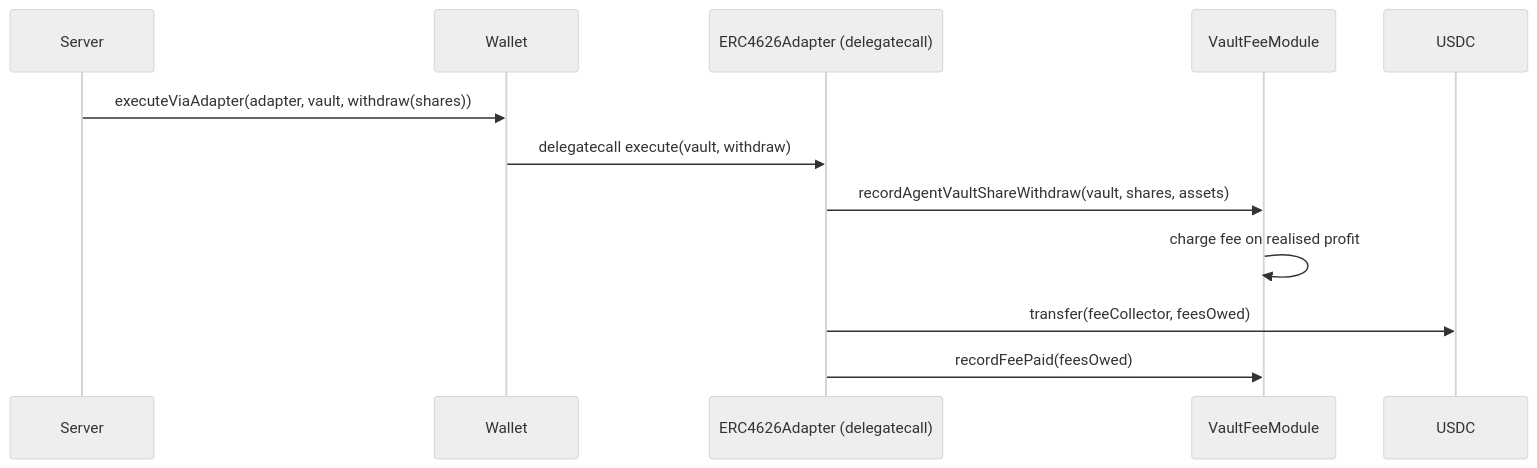
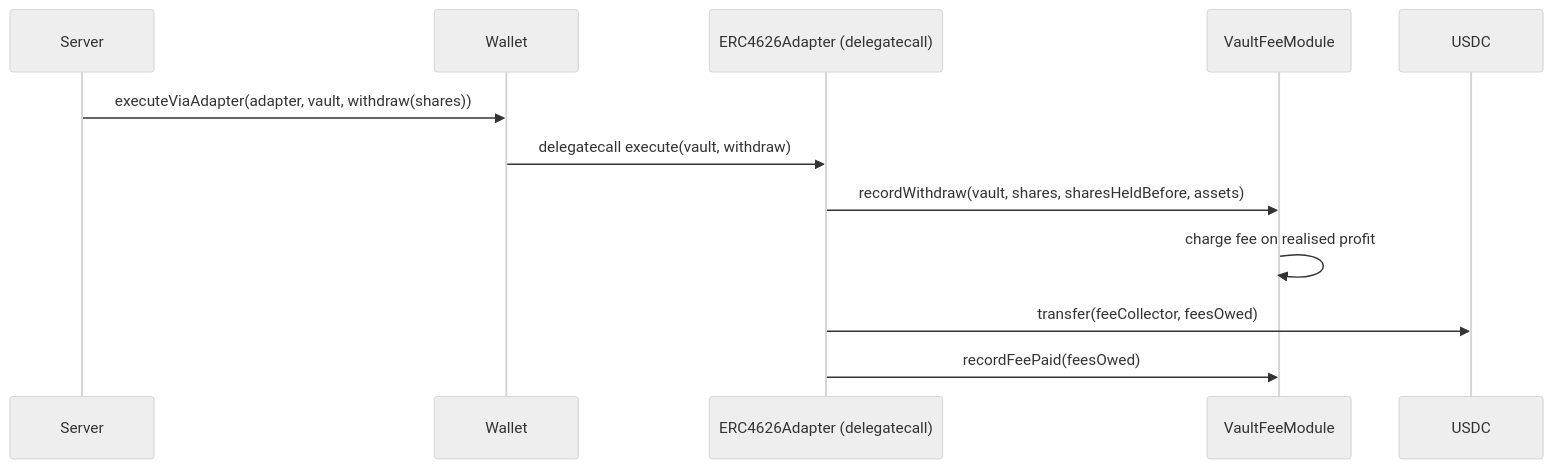
One commit to tokenpage/yieldseeker-contracts changed the fifth of 6 diagrams in README.md. Above: the diagram before and after it, drawn with Mermaid (neutral theme). The commit also changed other lines of this file and 54 other files, not shown here.

Commit message:
Fees: replaceable modules, cost-basis vault fee module, borrow fees paid from collateral

````diff
--- a/README.md
+++ b/README.md
@@ -714,15 +717,15 @@
 ```mermaid
 sequenceDiagram
     participant Server
     participant Wallet
     participant Adapter as ERC4626Adapter (delegatecall)
     participant VaultFees as VaultFeeModule
     participant USDC
 
     Server->>Wallet: executeViaAdapter(adapter, vault, withdraw(shares))
     Wallet->>Adapter: delegatecall execute(vault, withdraw)
-    Adapter->>VaultFees: recordAgentVaultShareWithdraw(vault, shares, assets)
+    Adapter->>VaultFees: recordWithdraw(vault, shares, sharesHeldBefore, assets)
     VaultFees->>VaultFees: charge fee on realised profit
     Adapter->>USDC: transfer(feeCollector, feesOwed)
     Adapter->>VaultFees: recordFeePaid(feesOwed)
 ```
````
